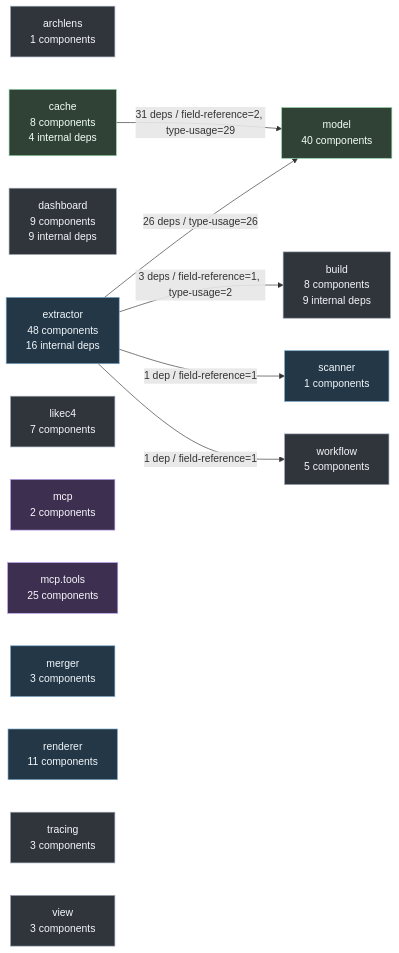
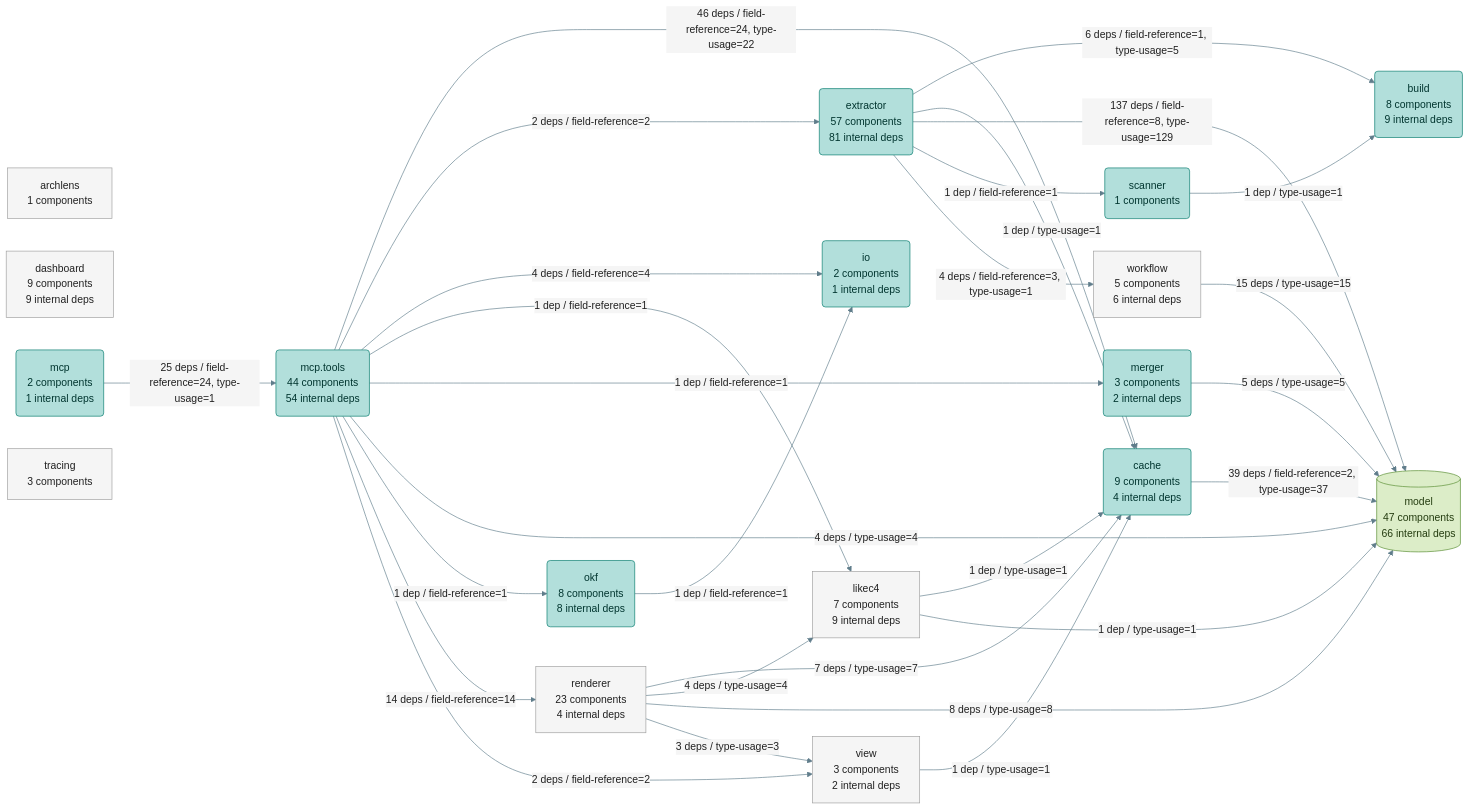
One commit to DerPate/archlens changed the seventh of 7 diagrams in docs/ARCHITECTURE.md. Above: the diagram before and after it, drawn with Mermaid. The commit also changed other lines of this file and 2 other files, not shown here.

First line of the commit message:
test: verify pre/post-JStachio renderer output parity, regenerate docs

````diff
--- a/docs/ARCHITECTURE.md
+++ b/docs/ARCHITECTURE.md
@@ -876,42 +3788,68 @@
 ```mermaid
+%%{init: {"theme": "base", "themeVariables": {"primaryColor": "#f5f5f5", "primaryBorderColor": "#9e9e9e", "primaryTextColor": "#212121", "lineColor": "#607d8b", "clusterBkg": "#fafafa", "clusterBorder": "#b0bec5"}}}%%
 flowchart LR
     dep_archlens["archlens\n1 components"]
-    dep_build["build\n8 components\n9 internal deps"]
-    dep_cache["cache\n8 components\n4 internal deps"]
+    dep_build("build\n8 components\n9 internal deps")
+    dep_cache("cache\n9 components\n4 internal deps")
     dep_dashboard["dashboard\n9 components\n9 internal deps"]
-    dep_extractor["extractor\n48 components\n16 internal deps"]
-    dep_likec4["likec4\n7 components"]
-    dep_mcp["mcp\n2 components"]
-    dep_mcp_tools["mcp.tools\n25 components"]
-    dep_merger["merger\n3 components"]
-    dep_model["model\n40 components"]
-    dep_renderer["renderer\n11 components"]
-    dep_scanner["scanner\n1 components"]
+    dep_extractor("extractor\n57 components\n81 internal deps")
+    dep_io("io\n2 components\n1 internal deps")
+    dep_likec4["likec4\n7 components\n9 internal deps"]
+    dep_mcp("mcp\n2 components\n1 internal deps")
+    dep_mcp_tools("mcp.tools\n44 components\n54 internal deps")
+    dep_merger("merger\n3 components\n2 internal deps")
+    dep_model[("model\n47 components\n66 internal deps")]
+    dep_okf("okf\n8 components\n8 internal deps")
+    dep_renderer["renderer\n23 components\n4 internal deps"]
+    dep_scanner("scanner\n1 components")
     dep_tracing["tracing\n3 components"]
-    dep_view["view\n3 components"]
-    dep_workflow["workflow\n5 components"]
-    dep_cache -->|31 deps / field-reference=2, type-usage=29| dep_model
-    dep_extractor -->|3 deps / field-reference=1, type-usage=2| dep_build
-    dep_extractor -->|26 deps / type-usage=26| dep_model
+    dep_view["view\n3 components\n2 internal deps"]
+    dep_workflow["workflow\n5 components\n6 internal deps"]
+    dep_cache -->|39 deps / field-reference=2, type-usage=37| dep_model
+    dep_extractor -->|6 deps / field-reference=1, type-usage=5| dep_build
+    dep_extractor -->|1 dep / type-usage=1| dep_cache
+    dep_extractor -->|137 deps / field-reference=8, type-usage=129| dep_model
     dep_extractor -->|1 dep / field-reference=1| dep_scanner
-    dep_extractor -->|1 dep / field-reference=1| dep_workflow
-    classDef core fill:#243746,stroke:#78a6c8,color:#f2f7fb
-    classDef boundary fill:#3c2f4f,stroke:#b99df0,color:#fbf8ff
-    classDef data fill:#2f4235,stroke:#8bcf9f,color:#f5fff7
-    classDef default fill:#30343b,stroke:#9aa4b2,color:#f5f7fa
-    class dep_archlens default
-    class dep_build default
-    class dep_cache data
-    class dep_dashboard default
-    class dep_extractor core
-    class dep_likec4 default
-    class dep_mcp boundary
-    class dep_mcp_tools boundary
-    class dep_merger core
-    class dep_model data
-    class dep_renderer core
-    class dep_scanner core
-    class dep_tracing default
-    class dep_view default
-    class dep_workflow default
+    dep_extractor -->|4 deps / field-reference=3, type-usage=1| dep_workflow
+    dep_likec4 -->|1 dep / type-usage=1| dep_cache
+    dep_likec4 -->|1 dep / type-usage=1| dep_model
+    dep_mcp -->|25 deps / field-reference=24, type-usage=1| dep_mcp_tools
+    dep_mcp_tools -->|46 deps / field-reference=24, type-usage=22| dep_cache
+    dep_mcp_tools -->|2 deps / field-reference=2| dep_extractor
+    dep_mcp_tools -->|4 deps / field-reference=4| dep_io
+    dep_mcp_tools -->|1 dep / field-reference=1| dep_likec4
+    dep_mcp_tools -->|1 dep / field-reference=1| dep_merger
+    dep_mcp_tools -->|4 deps / type-usage=4| dep_model
+    dep_mcp_tools -->|1 dep / field-reference=1| dep_okf
+    dep_mcp_tools -->|14 deps / field-reference=14| dep_renderer
+    dep_mcp_tools -->|2 deps / field-reference=2| dep_view
+    dep_merger -->|5 deps / type-usage=5| dep_model
+    dep_okf -->|1 dep / field-reference=1| dep_io
+    dep_renderer -->|7 deps / type-usage=7| dep_cache
+    dep_renderer -->|4 deps / type-usage=4| dep_likec4
+    dep_renderer -->|8 deps / type-usage=8| dep_model
+    dep_renderer -->|3 deps / type-usage=3| dep_view
+    dep_scanner -->|1 dep / type-usage=1| dep_build
+    dep_view -->|1 dep / type-usage=1| dep_cache
+    dep_workflow -->|15 deps / type-usage=15| dep_model
+    classDef service fill:#b2dfdb,stroke:#00796b,color:#00352f
+    classDef entity fill:#dcedc8,stroke:#558b2f,color:#243c10
+    classDef component fill:#f5f5f5,stroke:#9e9e9e,color:#212121
+    class dep_archlens component
+    class dep_build service
+    class dep_cache service
+    class dep_dashboard component
+    class dep_extractor service
+    class dep_io service
+    class dep_likec4 component
+    class dep_mcp service
+    class dep_mcp_tools service
+    class dep_merger service
+    class dep_model entity
+    class dep_okf service
+    class dep_renderer component
+    class dep_scanner service
+    class dep_tracing component
+    class dep_view component
+    class dep_workflow component
 ```
````
